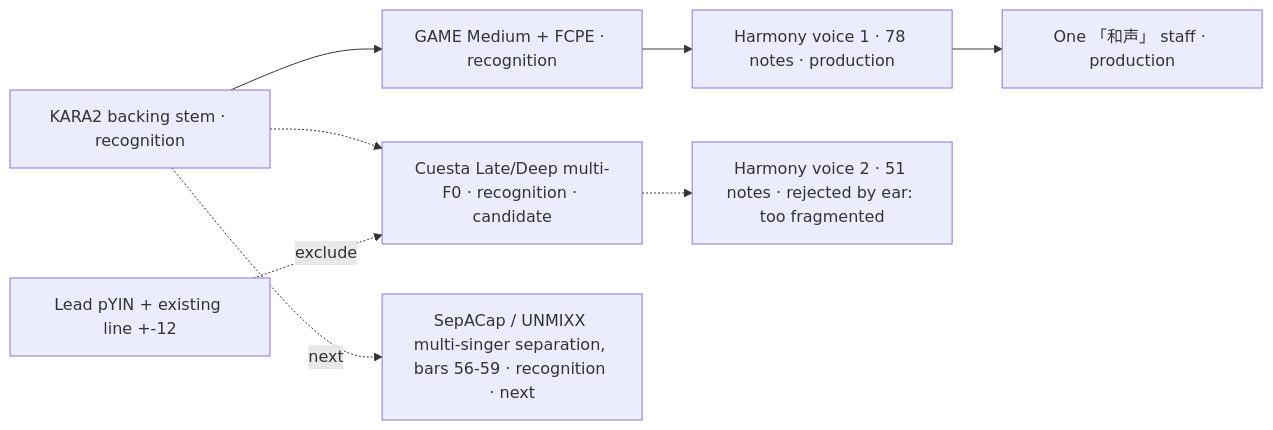
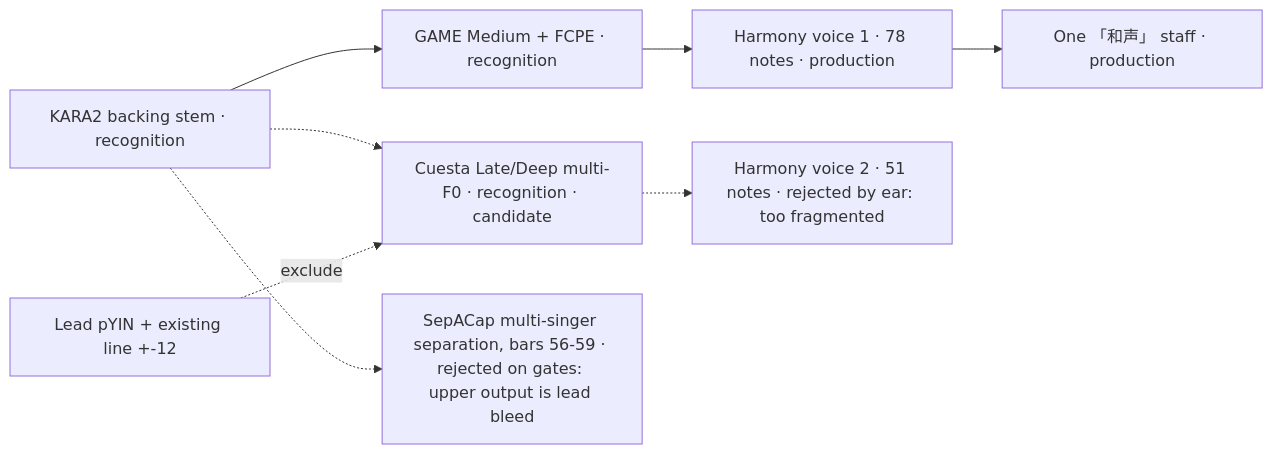
The first of 6 diagrams in docs/PIPELINE.md (zzzhhn/coro-workbench), drawn with Mermaid before and after one commit. The commit also changed other lines of this file and 1 other file, not shown here.

Commit message:
docs: SepACap multi-singer separation on bars 56-59 abandoned on pre-registered gates; production harmony unchanged

````diff
--- a/docs/PIPELINE.md
+++ b/docs/PIPELINE.md
@@ -35,10 +44,10 @@
 ```mermaid
 flowchart LR
   K[KARA2 backing stem · recognition] --> BG[GAME Medium + FCPE · recognition]
   BG --> V1[Harmony voice 1 · 78 notes · production]
   K -.-> CU[Cuesta Late/Deep multi-F0 · recognition · candidate]
   LP[Lead pYIN + existing line +-12] -.exclude.-> CU
   CU -.-> V2[Harmony voice 2 · 51 notes · rejected by ear: too fragmented]
   V1 --> H[One 「和声」 staff · production]
-  K -.next.-> SEPA[SepACap / UNMIXX multi-singer separation, bars 56-59 · recognition · next]
+  K -.-> SEPA[SepACap multi-singer separation, bars 56-59 · rejected on gates: upper output is lead bleed]
 ```
````
